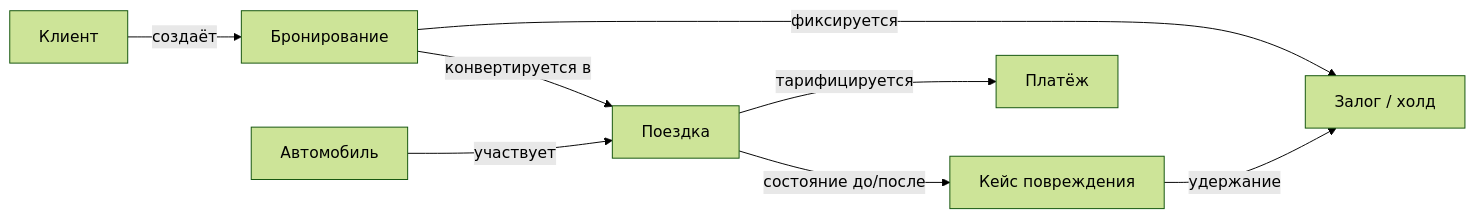
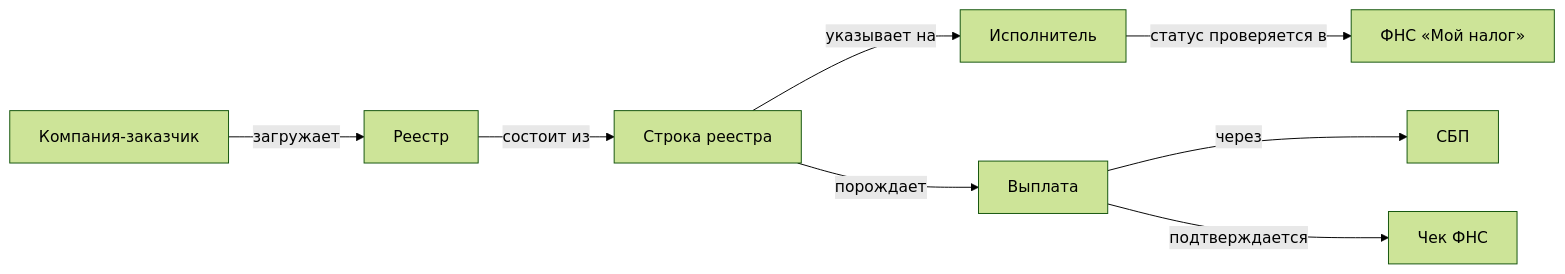
One commit to Antipindima1/722 changed the second of 2 diagrams in knowledge/00-index.md. Above: the diagram before and after it, drawn with Mermaid (forest theme). The commit also changed other lines of this file and 22 other files, not shown here.

````diff
--- a/knowledge/00-index.md
+++ b/knowledge/00-index.md
@@ -61,10 +67,10 @@
 ```mermaid
 graph LR
-    Client[Клиент] -->|создаёт| Booking[Бронирование]
-    Booking -->|фиксируется| Hold[Залог / холд]
-    Booking -->|конвертируется в| Trip[Поездка]
-    Car[Автомобиль] -->|участвует| Trip
-    Trip -->|тарифицируется| Payment[Платёж]
-    Trip -->|состояние до/после| Damage[Кейс повреждения]
-    Damage -->|удержание| Hold
+    Customer[Компания-заказчик] -->|загружает| Registry[Реестр]
+    Registry -->|состоит из| Row[Строка реестра]
+    Row -->|указывает на| Contractor[Исполнитель]
+    Row -->|порождает| Payout[Выплата]
+    Payout -->|через| SBP[СБП]
+    Payout -->|подтверждается| Receipt[Чек ФНС]
+    Contractor -->|статус проверяется в| FNS[ФНС «Мой налог»]
 ```
````
